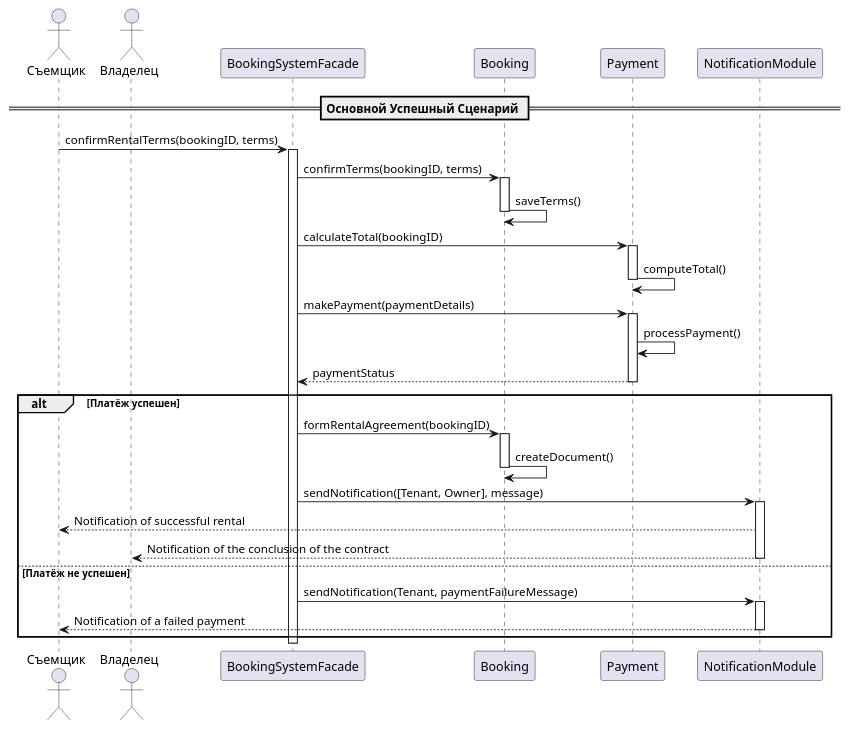
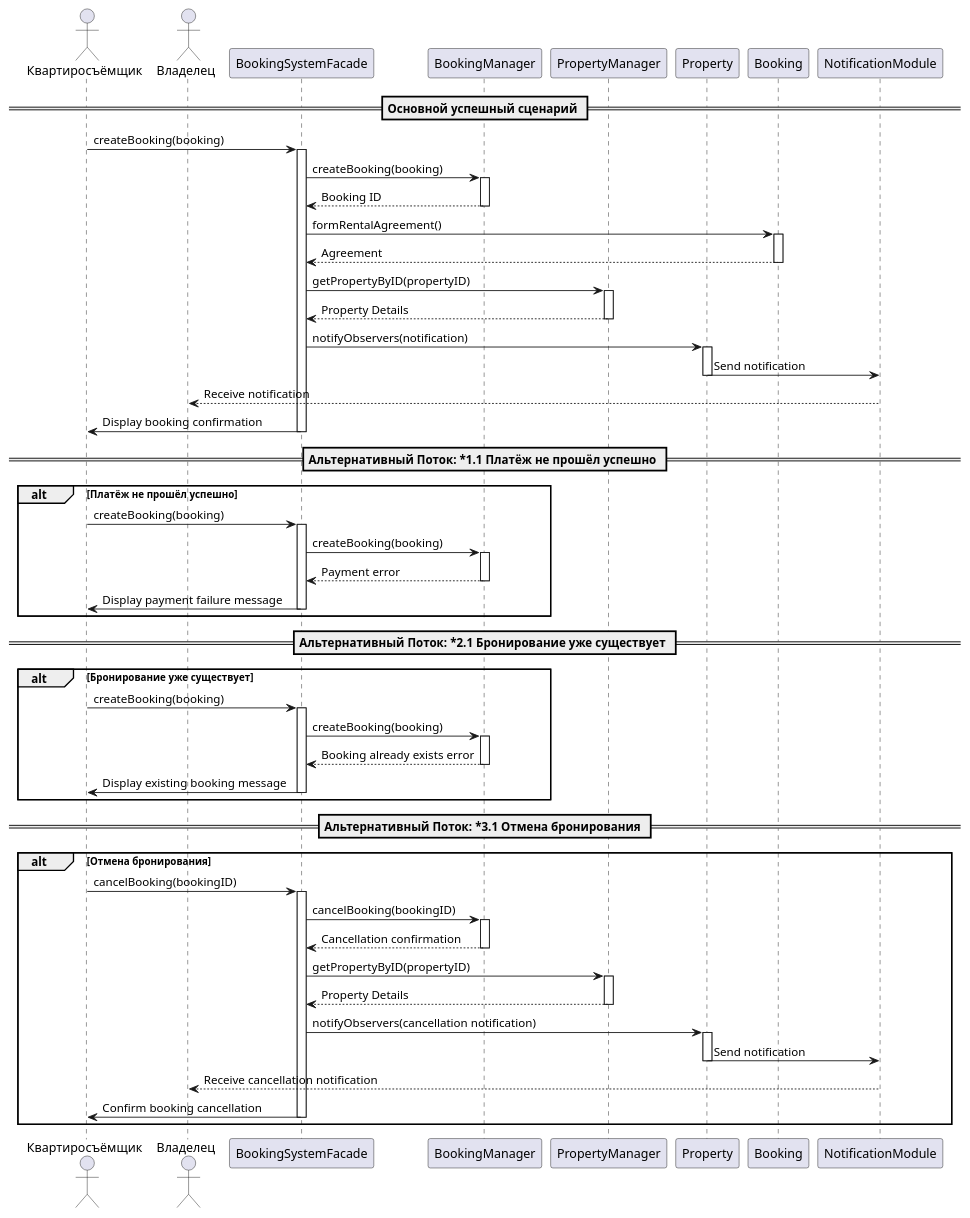
One commit to penamarth/bsbo-01-22_team4_var8 changed the diagram in precedents/PaymentandRent/SequenceDiagram.md. Above: the diagram before and after it, drawn with PlantUML. The commit also changed 2 other files, not shown here.

Commit message:
Changed content in PaymentandRent precedent

````diff
--- a/precedents/PaymentandRent/SequenceDiagram.md
+++ b/precedents/PaymentandRent/SequenceDiagram.md
@@ -1,54 +1,106 @@
 ```plantuml
 @startuml
 
-actor "Съемщик" as Tenant
+actor "Квартиросъёмщик" as Tenant
 actor "Владелец" as Owner
 
 participant "BookingSystemFacade" as System
-participant "Booking" as Agreement
-participant "Payment" as Payment
+participant "BookingManager" as BookingMgr
+participant "PropertyManager" as PropertyMgr
+participant "Property" as Property
+participant "Booking" as Booking
 participant "NotificationModule" as Notification
 
-== Основной Успешный Сценарий ==
+== Основной успешный сценарий ==
 
-Tenant -> System : confirmRentalTerms(bookingID, terms)
+Tenant -> System : createBooking(booking)
 activate System
 
-System -> Agreement : confirmTerms(bookingID, terms)
-activate Agreement
-Agreement -> Agreement : saveTerms()
-deactivate Agreement
+System -> BookingMgr : createBooking(booking)
+activate BookingMgr
+BookingMgr --> System : Booking ID
+deactivate BookingMgr
 
-System -> Payment : calculateTotal(bookingID)
-activate Payment
-Payment -> Payment : computeTotal()
-deactivate Payment
+System -> Booking : formRentalAgreement()
+activate Booking
+Booking --> System : Agreement
+deactivate Booking
 
-System -> Payment : makePayment(paymentDetails)
-activate Payment
-Payment -> Payment : processPayment()
-Payment --> System : paymentStatus
-deactivate Payment
+System -> PropertyMgr : getPropertyByID(propertyID)
+activate PropertyMgr
+PropertyMgr --> System : Property Details
+deactivate PropertyMgr
 
-alt Платёж успешен
-    System -> Agreement : formRentalAgreement(bookingID)
-    activate Agreement
-    Agreement -> Agreement : createDocument()
-    deactivate Agreement
+System -> Property : notifyObservers(notification)
+activate Property
+Property -> Notification : Send notification
+deactivate Property
 
-    System -> Notification : sendNotification([Tenant, Owner], message)
-    activate Notification
-    Notification --> Tenant : Notification of successful rental
-    Notification --> Owner : Notification of the conclusion of the contract
-    deactivate Notification
-else Платёж не успешен
-    System -> Notification : sendNotification(Tenant, paymentFailureMessage)
-    activate Notification
-    Notification --> Tenant : Notification of a failed payment
-    deactivate Notification
-end
+Notification --> Owner : Receive notification
+
+System -> Tenant : Display booking confirmation
 
 deactivate System
 
+== Альтернативный Поток: *1.1 Платёж не прошёл успешно ==
+
+alt Платёж не прошёл успешно
+    Tenant -> System : createBooking(booking)
+    activate System
+
+    System -> BookingMgr : createBooking(booking)
+    activate BookingMgr
+    BookingMgr --> System : Payment error
+    deactivate BookingMgr
+
+    System -> Tenant : Display payment failure message
+
+    deactivate System
+end
+
+== Альтернативный Поток: *2.1 Бронирование уже существует ==
+
+alt Бронирование уже существует
+    Tenant -> System : createBooking(booking)
+    activate System
+
+    System -> BookingMgr : createBooking(booking)
+    activate BookingMgr
+    BookingMgr --> System : Booking already exists error
+    deactivate BookingMgr
+
+    System -> Tenant : Display existing booking message
+
+    deactivate System
+end
+
+== Альтернативный Поток: *3.1 Отмена бронирования ==
+
+alt Отмена бронирования
+    Tenant -> System : cancelBooking(bookingID)
+    activate System
+
+    System -> BookingMgr : cancelBooking(bookingID)
+    activate BookingMgr
+    BookingMgr --> System : Cancellation confirmation
+    deactivate BookingMgr
+
+    System -> PropertyMgr : getPropertyByID(propertyID)
+    activate PropertyMgr
+    PropertyMgr --> System : Property Details
+    deactivate PropertyMgr
+
+    System -> Property : notifyObservers(cancellation notification)
+    activate Property
+    Property -> Notification : Send notification
+    deactivate Property
+
+    Notification --> Owner : Receive cancellation notification
+
+    System -> Tenant : Confirm booking cancellation
+
+    deactivate System
+end
+
 @enduml
 ```
````
